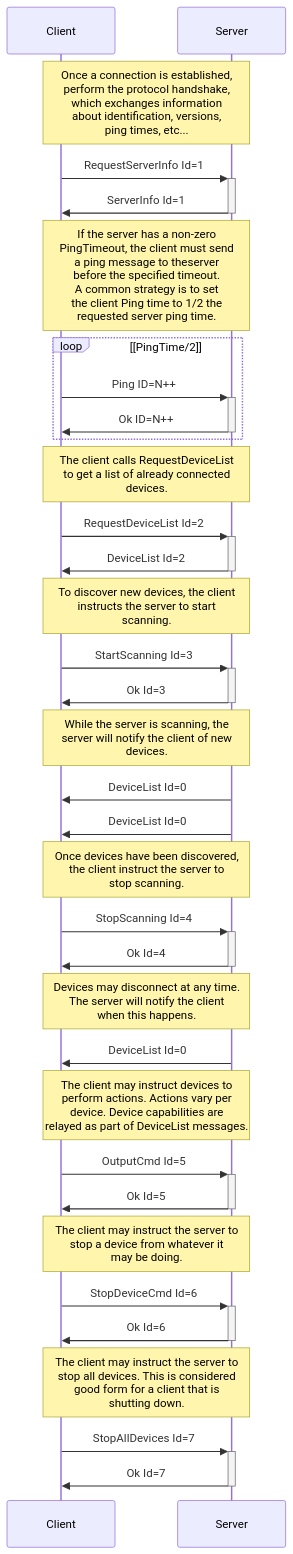
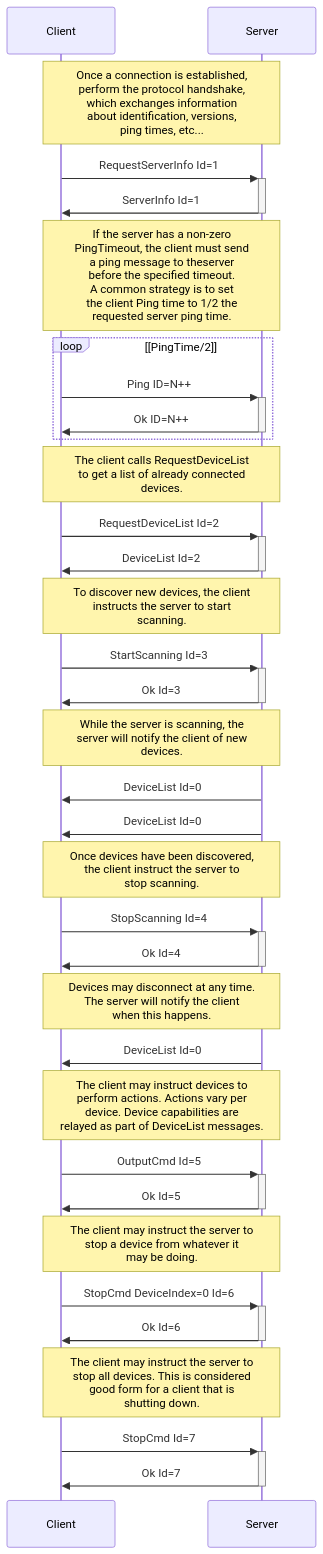
Before and after one commit to buttplugio/docs.buttplug.io: the diagram in docs/spec/architecture.md, drawn with Mermaid. The commit also changed 1 other file, not shown here.

Commit message:
docs: use StopCmd in v4 lifecycle docs

````diff
--- a/docs/spec/architecture.md
+++ b/docs/spec/architecture.md
@@ -91,46 +91,46 @@
 ```mermaid
 sequenceDiagram
   Participant Client
   Participant Server
 
   Note over Client,Server: Once a connection is established,<br/> perform the protocol handshake,<br/>which exchanges information<br/>about identification, versions,<br/>ping times, etc...
   Client->>+Server: RequestServerInfo Id=1
   Server->>-Client: ServerInfo Id=1
 
   Note over Client,Server: If the server has a non-zero<br/>PingTimeout, the client must send<br/>a ping message to theserver<br/>before the specified timeout.<br/>A common strategy is to set<br/>the client Ping time to 1/2 the<br/>requested server ping time.
   loop [PingTime/2]
     Client->>+Server: Ping ID=N++
     Server->>-Client: Ok ID=N++
   end
 
   Note over Client,Server: The client calls RequestDeviceList<br/>to get a list of already connected<br/>devices.
   Client->>+Server: RequestDeviceList Id=2
   Server->>-Client: DeviceList Id=2
   
   Note over Client,Server: To discover new devices, the client<br/>instructs the server to start<br/>scanning.
   Client->>+Server: StartScanning Id=3
   Server->>-Client: Ok Id=3
   
   Note over Client,Server: While the server is scanning, the<br/>server will notify the client of new<br/>devices.
   Server->>Client: DeviceList Id=0
   Server->>Client: DeviceList Id=0
   
   Note over Client,Server: Once devices have been discovered,<br/> the client instruct the server to<br/> stop scanning.
   Client->>+Server: StopScanning Id=4
   Server->>-Client: Ok Id=4
   
   Note over Client,Server: Devices may disconnect at any time.<br/>The server will notify the client<br/>when this happens.
   Server->>Client: DeviceList Id=0
   
   Note over Client,Server: The client may instruct devices to<br/>perform actions. Actions vary per<br/>device. Device capabilities are<br/>relayed as part of DeviceList messages.
   Client->>+Server: OutputCmd Id=5
   Server->>-Client: Ok Id=5
   
   Note over Client,Server: The client may instruct the server to<br/>stop a device from whatever it<br/>may be doing.
-  Client->>+Server: StopDeviceCmd Id=6
+  Client->>+Server: StopCmd DeviceIndex=0 Id=6
   Server->>-Client: Ok Id=6
   
   Note over Client,Server: The client may instruct the server to<br/>stop all devices. This is considered<br/> good form for a client that is<br/>shutting down.
-  Client->>+Server: StopAllDevices Id=7
+  Client->>+Server: StopCmd Id=7
   Server->>-Client: Ok Id=7
 ```
````
